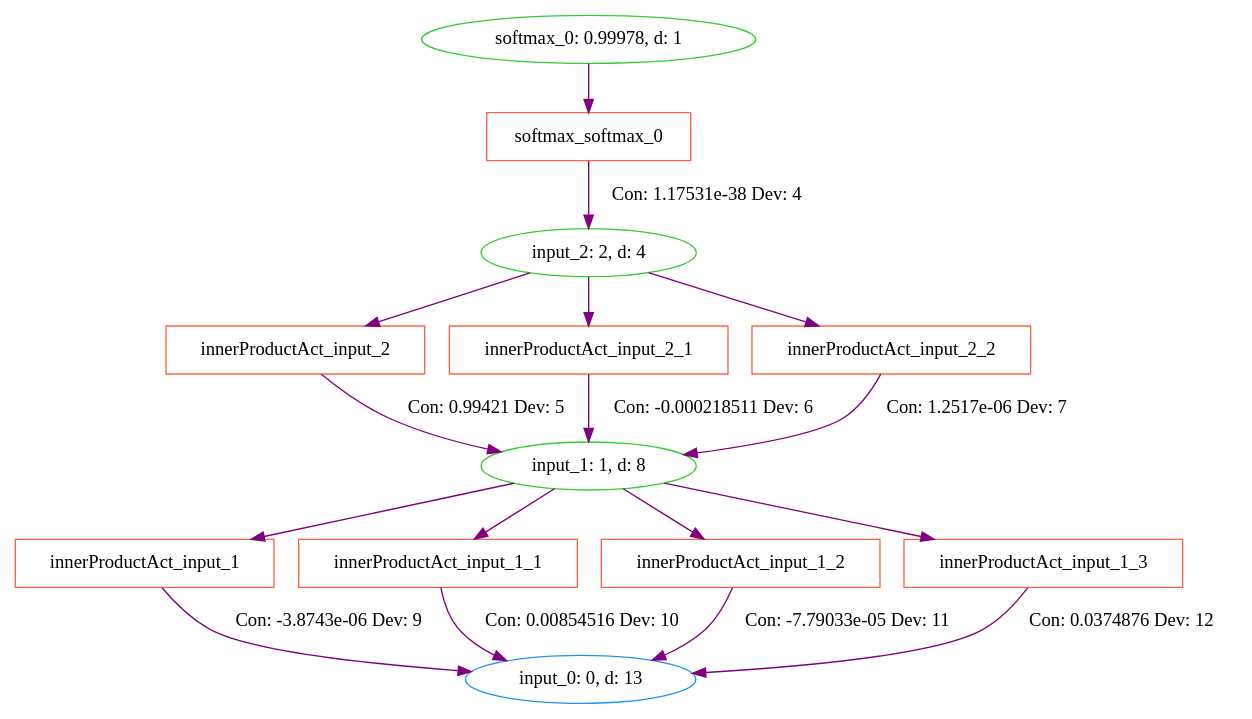
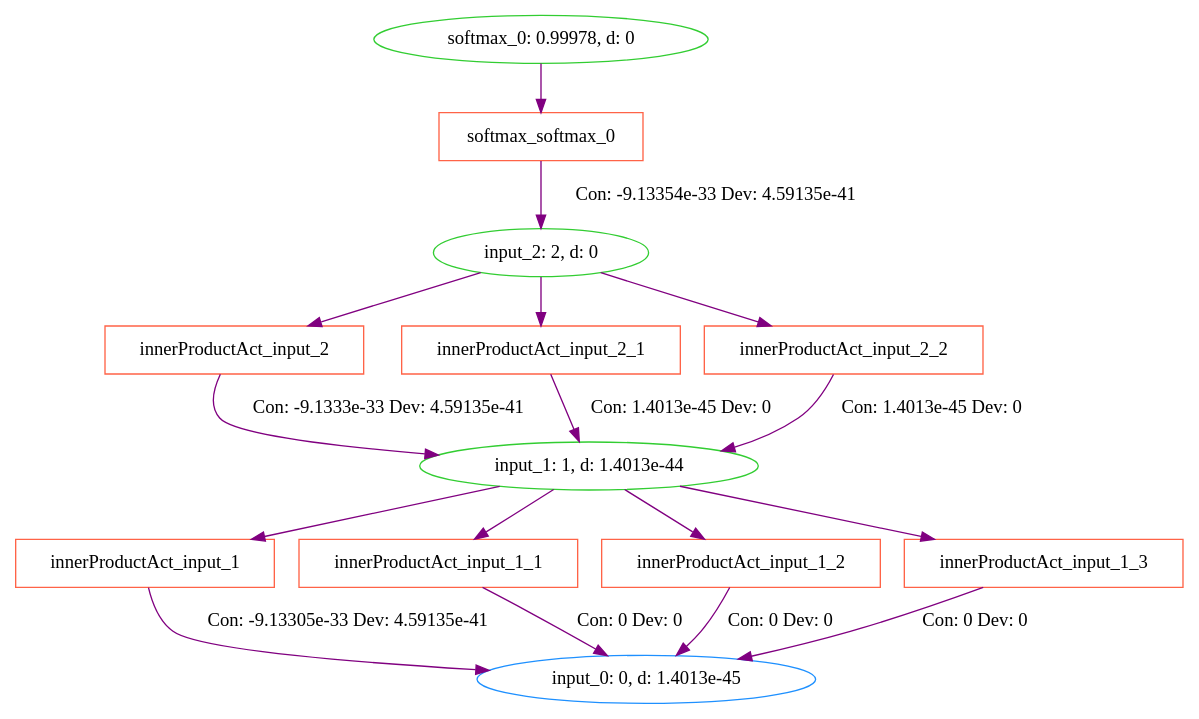
Before and after one commit to milliondegree/PXAI: the diagram in data/iris/cprov/test2-softmax_0.dot, drawn with Graphviz. The commit also changed 11 other files, not shown here.

```diff
--- a/data/iris/cprov/test2-softmax_0.dot
+++ b/data/iris/cprov/test2-softmax_0.dot
@@ -1,46 +1,46 @@
 digraph G {
-0 [label="softmax_0: 0.99978, d: 1", shape=oval, color=limegreen];
+0 [label="softmax_0: 0.99978, d: 0", shape=oval, color=limegreen];
 1 [label="softmax_softmax_0", shape=box, color=tomato];
-2 [label="input_2: 2, d: 4", shape=oval, color=limegreen];
+2 [label="input_2: 2, d: 0", shape=oval, color=limegreen];
 3 [label="innerProductAct_input_2", shape=box, color=tomato];
-4 [label="input_1: 1, d: 8", shape=oval, color=limegreen];
+4 [label="input_1: 1, d: 1.4013e-44", shape=oval, color=limegreen];
 5 [label="innerProductAct_input_1", shape=box, color=tomato];
-6 [label="input_0: 0, d: 13", shape=oval, color=dodgerblue];
+6 [label="input_0: 0, d: 1.4013e-45", shape=oval, color=dodgerblue];
 7 [label="innerProductAct_input_1_1", shape=box, color=tomato];
 8 [label="innerProductAct_input_1_2", shape=box, color=tomato];
 9 [label="innerProductAct_input_1_3", shape=box, color=tomato];
 10 [label="innerProductAct_input_2_1", shape=box, color=tomato];
 11 [label="innerProductAct_input_2_2", shape=box, color=tomato];
 0->1  [color=purple]
  [label=""];
 1->2  [color=purple]
- [label="Con: 1.17531e-38 Dev: 4"];
+ [label="Con: -9.13354e-33 Dev: 4.59135e-41"];
 2->3  [color=purple]
  [label=""];
+3->4  [color=purple]
+ [label="Con: -9.1333e-33 Dev: 4.59135e-41"];
 4->5  [color=purple]
  [label=""];
+5->6  [color=purple]
+ [label="Con: -9.13305e-33 Dev: 4.59135e-41"];
 4->7  [color=purple]
  [label=""];
+7->6  [color=purple]
+ [label="Con: 0 Dev: 0"];
 4->8  [color=purple]
  [label=""];
+8->6  [color=purple]
+ [label="Con: 0 Dev: 0"];
 4->9  [color=purple]
  [label=""];
+9->6  [color=purple]
+ [label="Con: 0 Dev: 0"];
 2->10  [color=purple]
  [label=""];
+10->4  [color=purple]
+ [label="Con: 1.4013e-45 Dev: 0"];
 2->11  [color=purple]
  [label=""];
-3->4  [color=purple]
- [label="Con: 0.99421 Dev: 5"];
-5->6  [color=purple]
- [label="Con: -3.8743e-06 Dev: 9"];
-7->6  [color=purple]
- [label="Con: 0.00854516 Dev: 10"];
-8->6  [color=purple]
- [label="Con: -7.79033e-05 Dev: 11"];
-9->6  [color=purple]
- [label="Con: 0.0374876 Dev: 12"];
-10->4  [color=purple]
- [label="Con: -0.000218511 Dev: 6"];
 11->4  [color=purple]
- [label="Con: 1.2517e-06 Dev: 7"];
+ [label="Con: 1.4013e-45 Dev: 0"];
 }
```
